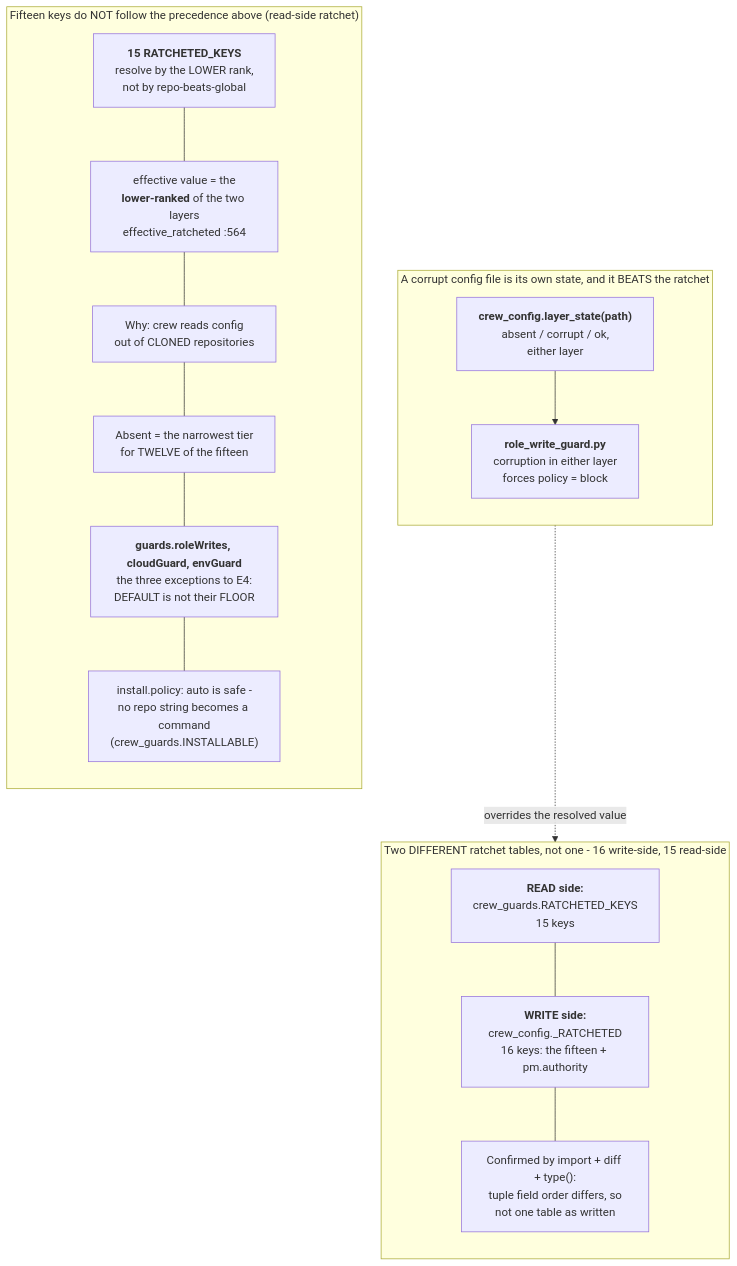
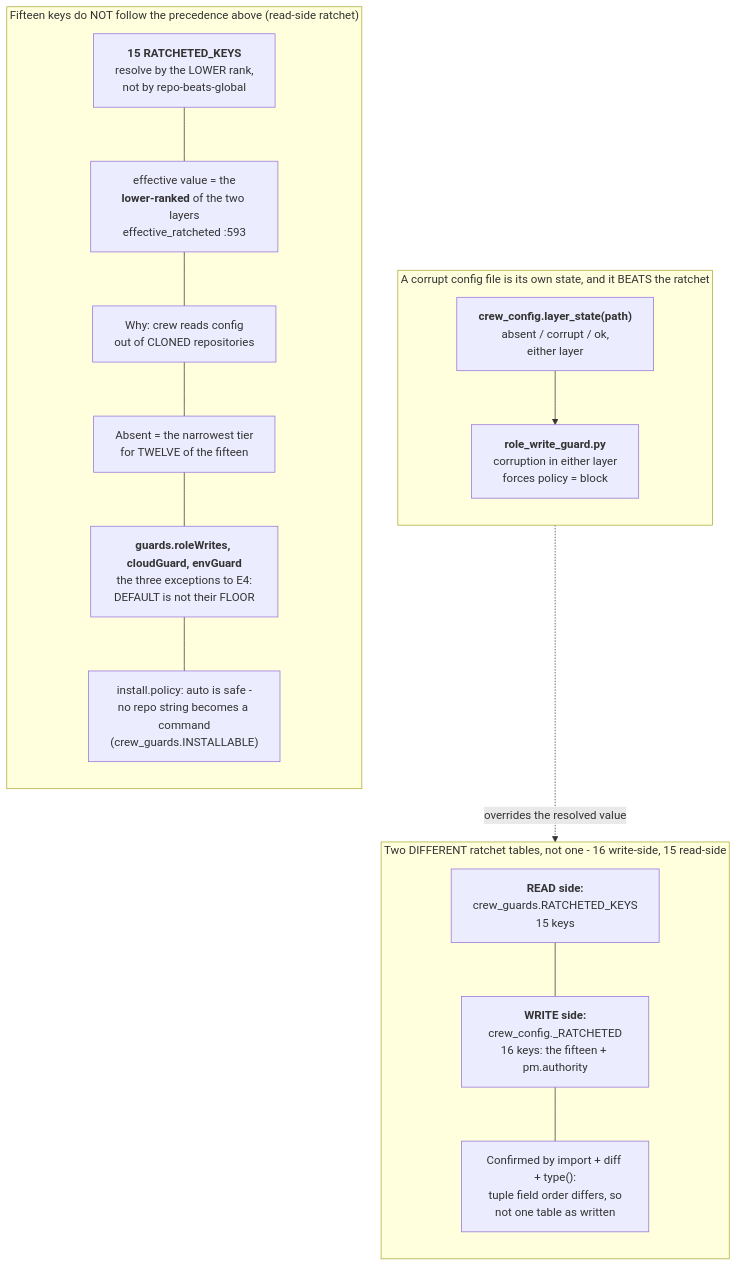
Before and after one commit to mbadali25/useful-claude-add-ons: the diagram in docs/diagrams/data-flow-crew-config-ratchet.mmd, drawn with Mermaid. The commit also changed 9 other files, not shown here.

First line of the commit message:
L-0789: re-anchor data-flow-crew-config and its ratchet part to 987ea4fb - crew 1.2.31

```diff
--- a/docs/diagrams/data-flow-crew-config-ratchet.mmd
+++ b/docs/diagrams/data-flow-crew-config-ratchet.mmd
@@ -1,94 +1,107 @@
-%% Generated from useful-claude-add-ons@5307a80e on 2026-10-02, re-anchored 2026-10-09 (L-0713 follow-up refresh; see the note below the Purpose line). Verify before trusting.
+%% Generated from useful-claude-add-ons@987ea4fb on 2026-10-02, re-anchored 2026-10-11 (L-0789 refresh; see the notes below the Purpose line). Verify before trusting.
 %% Anchors: plugin/crew/hooks/scripts/crew_guards.py, plugin/crew/hooks/scripts/crew_config.py, plugin/crew/hooks/scripts/role_write_guard.py, plugin/crew/CONFIG.md, plugin/crew/tests/test_install_policy.py
 %% Purpose: The keys that do not follow repo-beats-global: the two ratchet tables (read side and write side), the fifteen keys that resolve by the lower rank, and how a corrupt config file forces the role-write guard to block.
+%% Re-anchored 5307a80e -> 987ea4fb (L-0789 refresh, 2026-10-11): of the Anchors paths three changed.
+%%    CONFIG.md: L-0733's and L-0712's paragraphs (already described on the overview), L-0772's envGuard text and
+%%    L-0710's lines (chronic rules go to CI; a turn where zero rules ran records nothing); one subsection heading
+%%    was added inside section 16 (### envGuard, :1700) and no section number moved - section 15 is still install.policy (:1584), 16 guards (:1664), 17 change (:2463),
+%%    18 guards.roleWrites (:2556), checked with grep -n. crew_guards.py and crew_config.py: L-0772 (f4d98abc)
+%%    added ENV_GUARD_NAMES and its _RATCHETED entry; the nodes were already re-drawn for that (note below) but the
+%%    Note lines still carried the 13/14-key counts and pre-L-0772 line numbers. Re-measured by import at 987ea4fb:
+%%    ALL_GUARD_NAMES 12 (SEVEN GUARD_NAMES + two PROD + roleWrites + cloudGuard + envGuard), all twelve leaves in
+%%    both default_config() and default_global_config(); RATCHETED_KEYS 15; _RATCHETED 16; the difference is
+%%    {'pm.authority'}; tuple shapes (tuple, function, function) read-side and (function, function, dict) write-side.
+%%    Every line number in the Note lines below was re-taken with grep -n. One node LABEL changed: E2's
+%%    effective_ratcheted :564 -> :593. No node or edge was added or removed. The "WHAT CREW 1.0 CHANGED" block is
+%%    history and keeps the counts it was written with (TEN names, 14/13 keys).
 %% Re-drawn for L-0772 on 2026-10-11 (crew_guards.ENV_GUARD_NAMES, guards.envGuard). Measured by import on L-0772-env-guard:
 %%    ALL_GUARD_NAMES is TWELVE names (the ten below, guards.deployWorkflow, and envGuard), RATCHETED_KEYS 15 keys,
 %%    _RATCHETED 16, and set(_RATCHETED) - set(RATCHETED_KEYS) is still {'pm.authority'}. envGuard reuses roleWrites'
 %%    vocabulary through guard_tiers() (crew_guards.py:518), so it is the third key whose default is not its floor.
 %%    Line numbers in the notes below were not re-measured except where this note gives them.
 %% Re-anchored 1d10d8f6 -> 5307a80e (L-0713 follow-up refresh, 2026-10-09): of the Anchors paths only CONFIG.md changed,
 %%    by three bold paragraphs and no heading (L-0713 at :42-50, L-0703 in section 16, L-0710 after :3043); section 15
 %%    and 16 are still the install.policy and guard sections this diagram names, and it cites CONFIG.md by section only.
 %%    Earlier note (L-0712): crew_state.py changed only in resolve_role's fallback, new :1502-1720, and CONFIG.md gained a subsection at :884-900; no line this diagram cites moved, checked with grep -n). No node or edge changed.
 %% Split from data-flow-crew-config.mmd (the overview); edges to other parts are drawn there.
 %% WHAT CREW 1.0 CHANGED IN THIS FLOW, in the order the sections below draw it:
 %%  1. A FOURTH guard vocabulary, `cloudGuard` - same words as `roleWrites`
 %%     (off/report/block), its own switch. `crew_guards.ALL_GUARD_NAMES` is now
 %%     TEN names (six GUARD_NAMES + two PROD_GUARD_NAMES + roleWrites +
 %%     cloudGuard), all ten present as leaves in BOTH default_config() and
 %%     default_global_config() - confirmed by executing leaf_paths() in this
 %%     worktree, not assumed from the tuple.
 %%  2. The ratchet table grew again: write-side crew_config._RATCHETED is now
 %%     14 keys, read-side crew_guards.RATCHETED_KEYS is 13 (T-0005 added
 %%     environments.prodUnattended to both) - executed and
 %%     diffed (`set(_RATCHETED) - set(RATCHETED_KEYS)`), and the ONLY
 %%     difference is still `pm.authority`, exactly the asymmetry the previous
 %%     anchor drew at a smaller size. The tuple SHAPES still disagree
 %%     ((function, function, dict) write-side vs (tuple, function, function)
 %%     read-side), confirmed by `type()` on each element, not asserted.
-%% Note RG: <b>READ side: crew_guards.RATCHETED_KEYS</b> plugin/crew/hooks/scripts/crew_guards.py:522-549
-%%    <b>13 keys</b> (executed + len()'d, this pass): install.policy, change.requireForProduction,
-%%    environments.prodUnattended (T-0005), and all TEN guards.* - terraformApply, forcePush, adminMerge,
-%%    mergeGate, cloudDestructive, sqlDestructive, prodDatabase, prodServer, roleWrites, <b>cloudGuard
-%%    (new)</b>. Consumed by crew_config.resolve_ratcheted() :831 via crew_guards.effective_ratcheted() :564,
-%%    called at crew_config.py:875
-%% Note RC: <b>WRITE side: crew_config._RATCHETED</b> plugin/crew/hooks/scripts/crew_config.py:2527 (extended
-%%    through :2622) <b>14 keys</b>: the same thirteen PLUS pm.authority. pm.authority is still NOT in
+%% Note RG: <b>READ side: crew_guards.RATCHETED_KEYS</b> plugin/crew/hooks/scripts/crew_guards.py:551-578
+%%    <b>15 keys</b> (executed + len()'d at 987ea4fb): install.policy, change.requireForProduction,
+%%    environments.prodUnattended (T-0005), and all TWELVE guards.* - terraformApply, forcePush, adminMerge,
+%%    mergeGate, cloudDestructive, sqlDestructive, deployWorkflow, prodDatabase, prodServer, roleWrites, cloudGuard,
+%%    <b>envGuard (L-0772)</b>. Consumed by crew_config.resolve_ratcheted() :1006 via crew_guards.effective_ratcheted() :593,
+%%    called at crew_config.py:1050
+%% Note RC: <b>WRITE side: crew_config._RATCHETED</b> plugin/crew/hooks/scripts/crew_config.py:3182 (extended
+%%    through :3315) <b>16 keys</b>: the same fifteen PLUS pm.authority. pm.authority is still NOT in
 %%    RATCHETED_KEYS - it resolves by ordinary precedence and only needs a widening NOTE when /crew:config
 %%    writes it
-%% Note RSHAPE: Confirmed by import + diff + type(), not asserted: 13-key intersection, pm.authority the only
+%% Note RSHAPE: Confirmed by import + diff + type(), not asserted: 15-key intersection, pm.authority the only
 %%    difference (`set(_RATCHETED) - set(RATCHETED_KEYS) == {'pm.authority'}`), and the tuple field order
 %%    STILL differs -- (function, function, dict) here, (tuple, function, function) there -- so the two still
 %%    cannot be collapsed into one table as written
-%% Note LS: crew_config.layer_state(path) plugin/crew/hooks/scripts/crew_config.py:937 classifies ONE config
+%% Note LS: crew_config.layer_state(path) plugin/crew/hooks/scripts/crew_config.py:1095 classifies ONE config
 %%    file, either layer (cloud=True / environments=True - the cloud guard's reads only - also call a
 %%    malformed cloud / environments block corrupt): <b>absent</b> - nothing there (os.path.lexists false, so
 %%    a DANGLING SYMLINK is corrupt, not absent). <b>corrupt</b> - present but not the shape this key needs: unreadable,
 %%    invalid JSON, not an object, or an object where <i>#quot;guards#quot; in parsed</i> and guards is not
 %%    itself a dict (an EXPLICIT null is corrupt, not an unset key). <b>ok</b> - everything else
-%% Note FORCE: plugin/crew/hooks/scripts/role_write_guard.py calls layer_state for BOTH layers at :760-761,
-%%    ORs them into forced_by_corruption :762, and sets policy = #quot;block#quot; UNCONDITIONALLY at :764-765
-%%    -- BEFORE the <i>elif policy == #quot;off#quot;: return 0</i> early exit at :766-767
-%% Note E1: <b>Every key in crew_guards.RATCHETED_KEYS :522-549 -- install.policy,
-%%    change.requireForProduction, environments.prodUnattended and all TEN guards.* -- resolves by the LOWER
+%% Note FORCE: plugin/crew/hooks/scripts/role_write_guard.py calls layer_state for BOTH layers at :761-762,
+%%    ORs them into forced_by_corruption :763, and sets policy = #quot;block#quot; UNCONDITIONALLY at :765-766
+%%    -- BEFORE the <i>elif policy == #quot;off#quot;: return 0</i> early exit at :767-768
+%% Note E1: <b>Every key in crew_guards.RATCHETED_KEYS :551-578 -- install.policy,
+%%    change.requireForProduction, environments.prodUnattended and all TWELVE guards.* -- resolves by the LOWER
 %%    rank, not by repo-beats-global.</b> CONFIG.md section 15 covers install.policy, section 16 the guards,
 %%    section 18 guards.roleWrites; environments.* is a subsection of section 16.
 %% Note E2: The effective value at each key is the <b>lower-ranked of the two layers</b> -
-%%    crew_guards.effective_ratcheted :564, reached through crew_config.resolve_ratcheted :831.
+%%    crew_guards.effective_ratcheted :593, reached through crew_config.resolve_ratcheted :1006.
 %% Note E3: Why: crew reads config out of CLONED repositories. A repo shipping install.policy: auto, or
 %%    guards.cloudGuard: report, would, under precedence, override a machine owner who chose manual or off.
 %% Note E4: Absent counts as the narrowest tier on either side for TWELVE of the fifteen, so the WIDEST grant
 %%    requires BOTH layers to agree.
 %% Note E5: <b>guards.roleWrites, guards.cloudGuard and guards.envGuard (L-0772) are the three exceptions to E4, and the only keys here
 %%    whose DEFAULT is not their FLOOR.</b> ROLE_WRITE_POLICIES is (block, report, off); ROLE_WRITE_DEFAULT is
 %%    <b>off</b>, the WIDEST tier, for all three names - cloudGuard and envGuard reuse roleWrites' own normalise/rank functions
-%%    rather than growing a second copy (crew_guards.py:450-487, guard_tiers() :490-504).
+%%    rather than growing a second copy (normalise_role_writes crew_guards.py:478, role_writes_rank :504, guard_tiers() :518-533).
 %% Note E6: install.policy: auto is safe only because no repo-controlled string can become a command -
 %%    crew_guards.INSTALLABLE maps a name to a literal argv tuple, consulted BEFORE the policy. Asserted in
 %%    tests/test_install_policy.py.
 flowchart TB
 
     subgraph Ratchet["Two DIFFERENT ratchet tables, not one - 16 write-side, 15 read-side"]
         direction TB
         RG["<b>READ side:</b><br/>crew_guards.RATCHETED_KEYS<br/>15 keys"]
         RC["<b>WRITE side:</b><br/>crew_config._RATCHETED<br/>16 keys: the fifteen + pm.authority"]
         RSHAPE["Confirmed by import + diff + type():<br/>tuple field order differs, so<br/>not one table as written"]
         RG --- RC --- RSHAPE
     end
     subgraph Corrupt["A corrupt config file is its own state, and it BEATS the ratchet"]
         direction TB
         LS["<b>crew_config.layer_state(path)</b><br/>absent / corrupt / ok,<br/>either layer"]
         FORCE["<b>role_write_guard.py</b><br/>corruption in either layer<br/>forces policy = block"]
         LS --> FORCE
     end
     FORCE -.->|"overrides the resolved value"| Ratchet
     subgraph Except["Fifteen keys do NOT follow the precedence above (read-side ratchet)"]
         direction TB
         E1["<b>15 RATCHETED_KEYS</b><br/>resolve by the LOWER rank,<br/>not by repo-beats-global"]
-        E2["effective value = the<br/><b>lower-ranked</b> of the two layers<br/>effective_ratcheted :564"]
+        E2["effective value = the<br/><b>lower-ranked</b> of the two layers<br/>effective_ratcheted :593"]
         E3["Why: crew reads config<br/>out of CLONED repositories"]
         E4["Absent = the narrowest tier<br/>for TWELVE of the fifteen"]
         E5["<b>guards.roleWrites, cloudGuard, envGuard</b><br/>the three exceptions to E4:<br/>DEFAULT is not their FLOOR"]
         E6["install.policy: auto is safe -<br/>no repo string becomes a command<br/>(crew_guards.INSTALLABLE)"]
         E1 --- E2 --- E3 --- E4 --- E5 --- E6
     end
```
